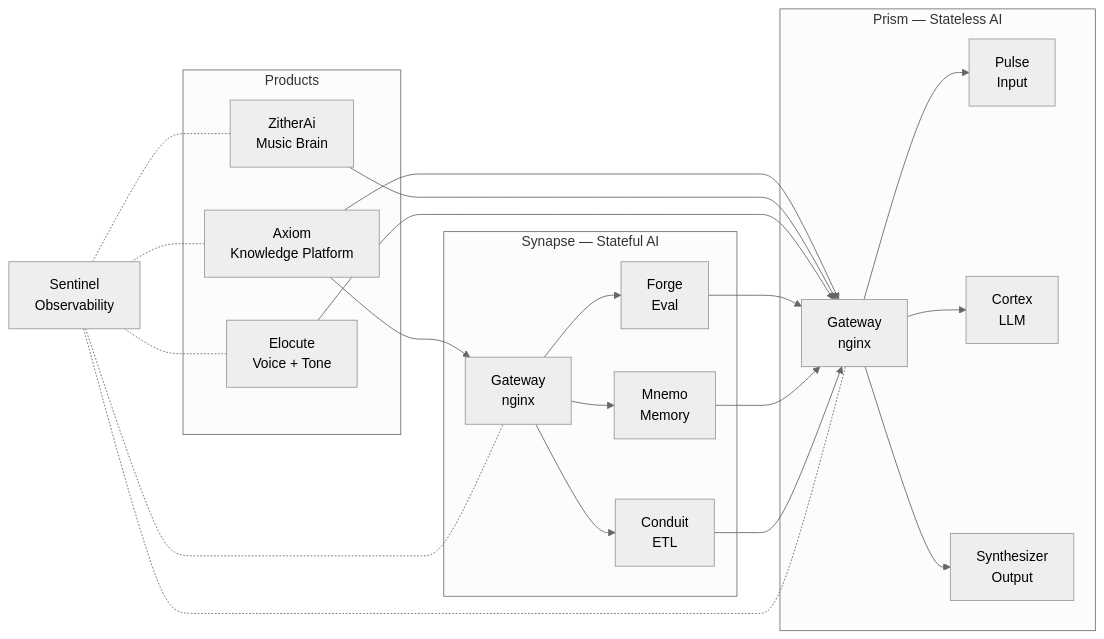
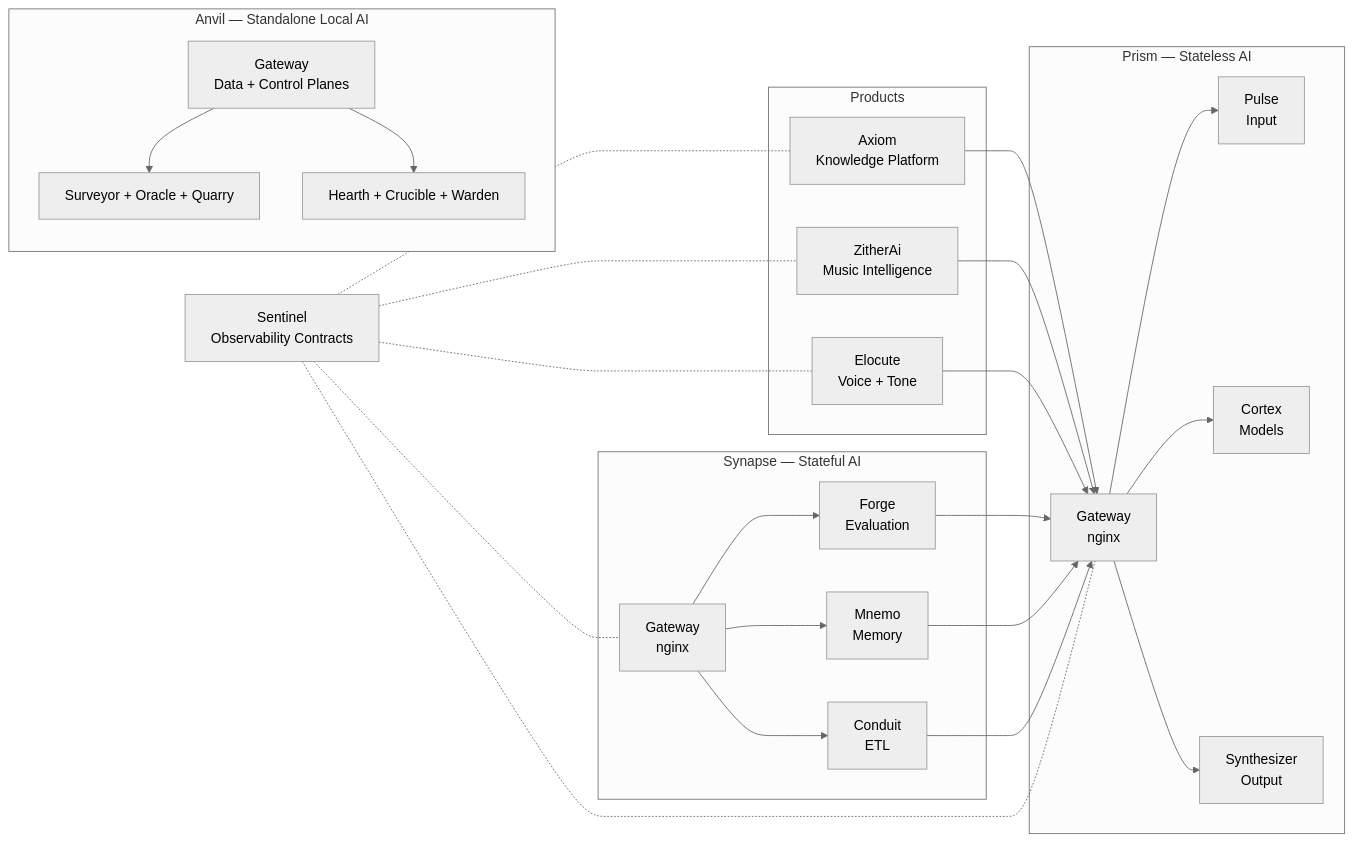
One commit to vsinghal3737/vsinghal3737 changed the first of 8 diagrams in README.md. Above: the diagram before and after it, drawn with Mermaid (neutral theme). The commit also changed other lines of this file, not shown here.

First line of the commit message:
update(readme): refresh all families, add Anvil and docs tier (#3)

````diff
--- a/README.md
+++ b/README.md
@@ -55,45 +65,52 @@
 ```mermaid
 flowchart LR
-    subgraph Products
+    subgraph Products["Products"]
         Axiom["Axiom<br/>Knowledge Platform"]
-        ZitherAi["ZitherAi<br/>Music Brain"]
+        ZitherAi["ZitherAi<br/>Music Intelligence"]
         Elocute["Elocute<br/>Voice + Tone"]
     end
 
     subgraph Prism["Prism — Stateless AI"]
         PGW["Gateway<br/>nginx"]
         P["Pulse<br/>Input"]
-        C["Cortex<br/>LLM"]
+        C["Cortex<br/>Models"]
         S["Synthesizer<br/>Output"]
     end
 
     subgraph Synapse["Synapse — Stateful AI"]
         SGW["Gateway<br/>nginx"]
-        F["Forge<br/>Eval"]
+        F["Forge<br/>Evaluation"]
         M["Mnemo<br/>Memory"]
         D["Conduit<br/>ETL"]
     end
 
-    Sentinel["Sentinel<br/>Observability"]
+    subgraph Anvil["Anvil — Standalone Local AI"]
+        AGW["Gateway<br/>Data + Control Planes"]
+        AS["Surveyor + Oracle + Quarry"]
+        AR["Hearth + Crucible + Warden"]
+        AGW --> AS
+        AGW --> AR
+    end
+
+    Sentinel["Sentinel<br/>Observability Contracts"]
 
     Axiom --> PGW
-    Axiom --> SGW
     ZitherAi --> PGW
     Elocute --> PGW
     F --> PGW
     M --> PGW
     D --> PGW
 
     PGW --> P
     PGW --> C
     PGW --> S
     SGW --> F
     SGW --> M
     SGW --> D
 
     Sentinel -.- Axiom
     Sentinel -.- ZitherAi
     Sentinel -.- Elocute
     Sentinel -.- PGW
     Sentinel -.- SGW
 ```
````
